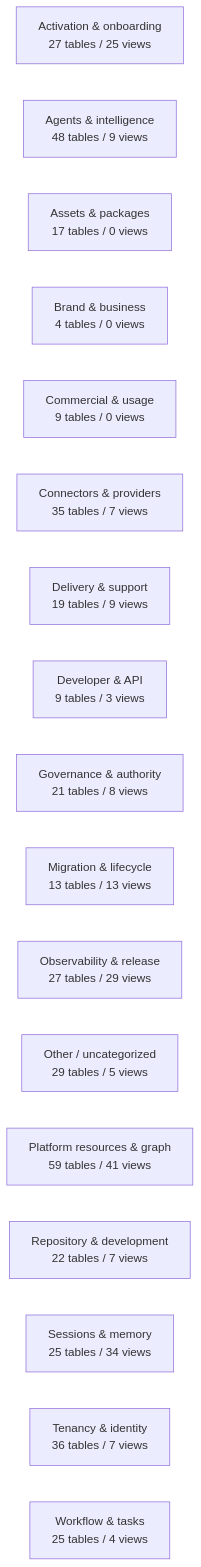
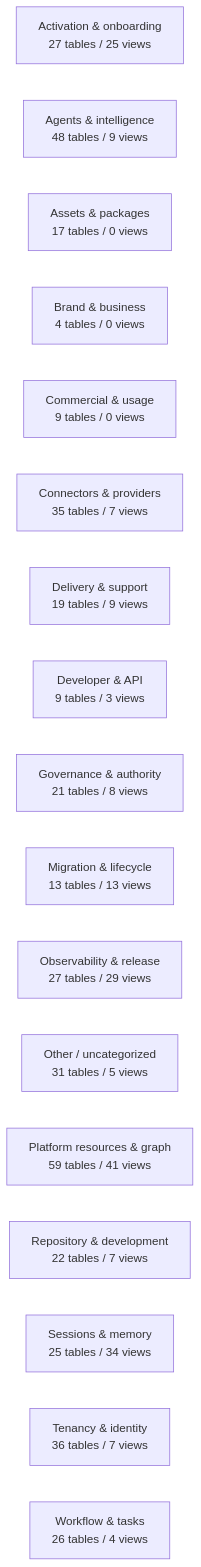
One commit to mad4bdigital-ai/multi-business-multi-role-growth-intelligence-os changed the diagram in docs/work-maps/data-model-domain-map.md. Above: the diagram before and after it, drawn with Mermaid. The commit also changed other lines of this file and 15 other files, not shown here.

````diff
--- a/docs/work-maps/data-model-domain-map.md
+++ b/docs/work-maps/data-model-domain-map.md
@@ -9,20 +9,20 @@
 ```mermaid
 flowchart LR
   n_Activation___onboarding["Activation & onboarding<br/>27 tables / 25 views"]
   n_Agents___intelligence["Agents & intelligence<br/>48 tables / 9 views"]
   n_Assets___packages["Assets & packages<br/>17 tables / 0 views"]
   n_Brand___business["Brand & business<br/>4 tables / 0 views"]
   n_Commercial___usage["Commercial & usage<br/>9 tables / 0 views"]
   n_Connectors___providers["Connectors & providers<br/>35 tables / 7 views"]
   n_Delivery___support["Delivery & support<br/>19 tables / 9 views"]
   n_Developer___API["Developer & API<br/>9 tables / 3 views"]
   n_Governance___authority["Governance & authority<br/>21 tables / 8 views"]
   n_Migration___lifecycle["Migration & lifecycle<br/>13 tables / 13 views"]
   n_Observability___release["Observability & release<br/>27 tables / 29 views"]
-  n_Other___uncategorized["Other / uncategorized<br/>29 tables / 5 views"]
+  n_Other___uncategorized["Other / uncategorized<br/>31 tables / 5 views"]
   n_Platform_resources___graph["Platform resources & graph<br/>59 tables / 41 views"]
   n_Repository___development["Repository & development<br/>22 tables / 7 views"]
   n_Sessions___memory["Sessions & memory<br/>25 tables / 34 views"]
   n_Tenancy___identity["Tenancy & identity<br/>36 tables / 7 views"]
-  n_Workflow___tasks["Workflow & tasks<br/>25 tables / 4 views"]
+  n_Workflow___tasks["Workflow & tasks<br/>26 tables / 4 views"]
 ```
````
